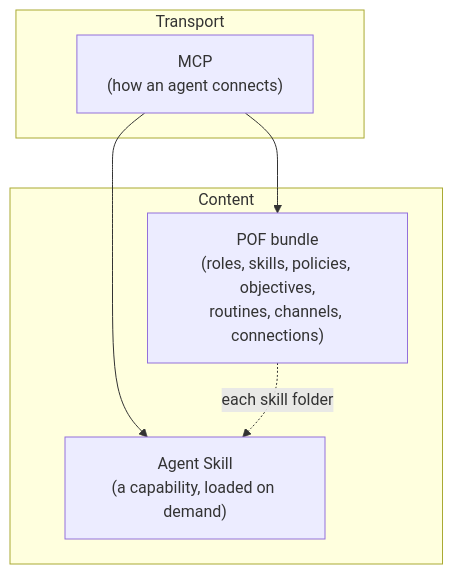
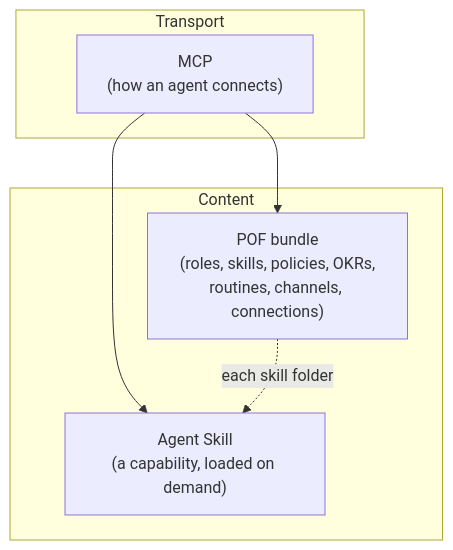
Before and after one commit to ervinwilneder/interfaces--web-docs: the diagram in content/concepts/pof-vs-mcp-vs-skills.mdx, drawn with Mermaid. The commit also changed other lines of this file and 23 other files, not shown here.

````diff
--- a/content/concepts/pof-vs-mcp-vs-skills.mdx
+++ b/content/concepts/pof-vs-mcp-vs-skills.mdx
@@ -21,13 +21,13 @@
 ```mermaid
 graph TD
   subgraph "Transport"
     MCP["MCP<br/>(how an agent connects)"]
   end
   subgraph "Content"
     Skill["Agent Skill<br/>(a capability, loaded on demand)"]
-    POF["POF bundle<br/>(roles, skills, policies, objectives,<br/>routines, channels, connections)"]
+    POF["POF bundle<br/>(roles, skills, policies, OKRs,<br/>routines, channels, connections)"]
   end
   MCP --> Skill
   MCP --> POF
   POF -. "each skill folder" .-> Skill
 ```
````
